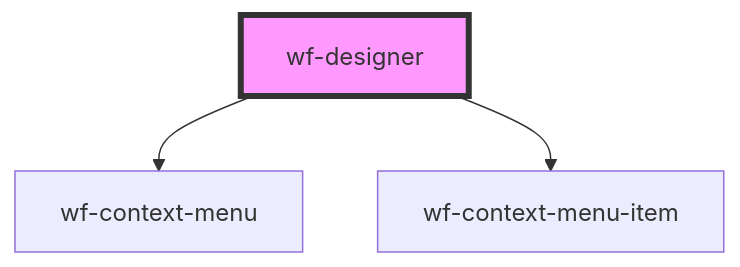
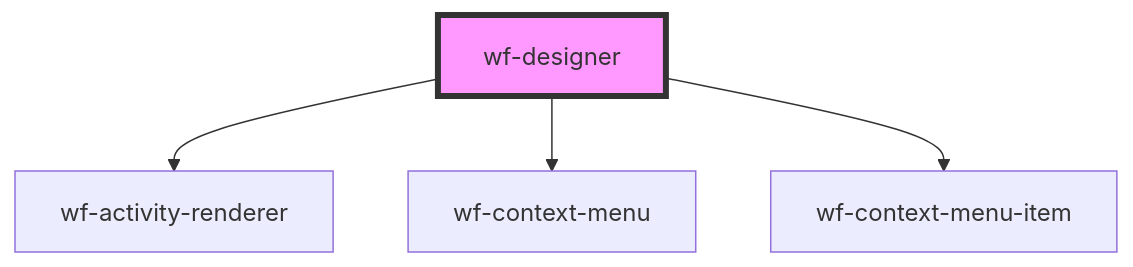
One commit to elsa-workflows/elsa-designer changed the diagram in src/components/workflow-designer/designer/readme.md. Above: the diagram before and after it, drawn with Mermaid. The commit also changed other lines of this file and 74 other files, not shown here.

````diff
--- a/src/components/workflow-designer/designer/readme.md
+++ b/src/components/workflow-designer/designer/readme.md
@@ -57,6 +78,7 @@
 ```mermaid
 graph TD;
+  wf-designer --> wf-activity-renderer
   wf-designer --> wf-context-menu
   wf-designer --> wf-context-menu-item
   style wf-designer fill:#f9f,stroke:#333,stroke-width:4px
 ```
````
